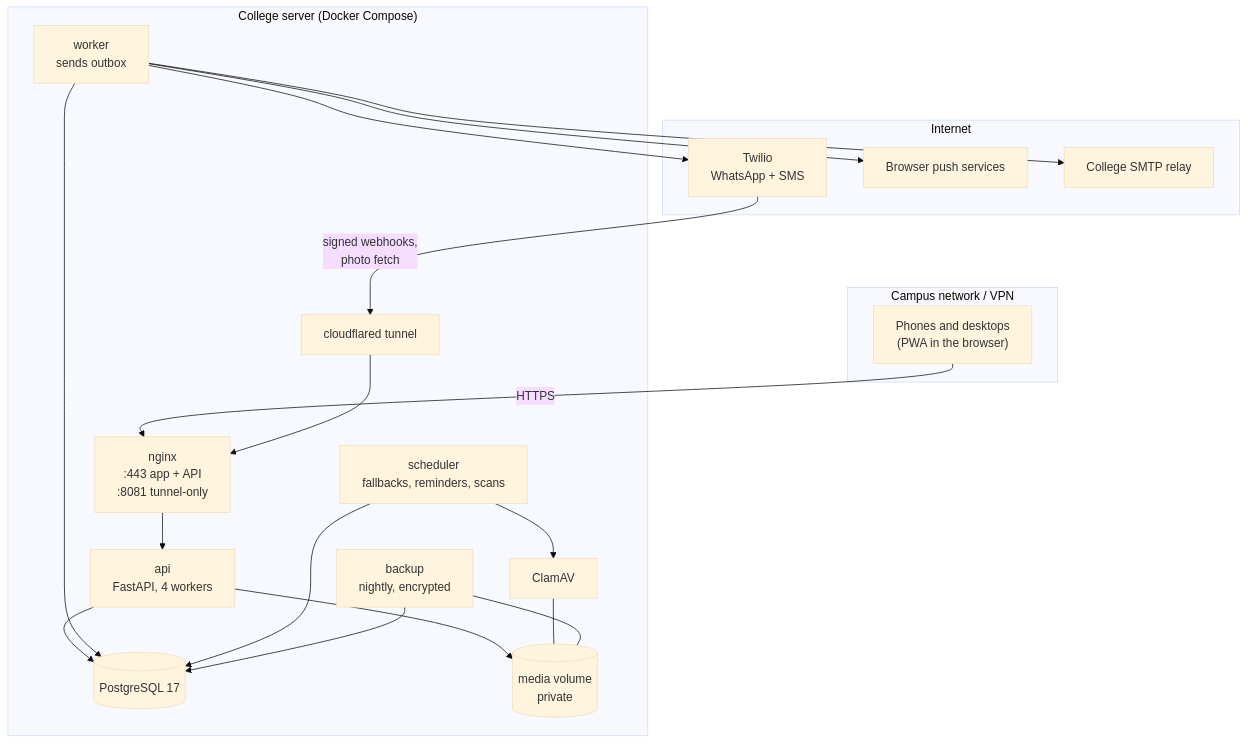
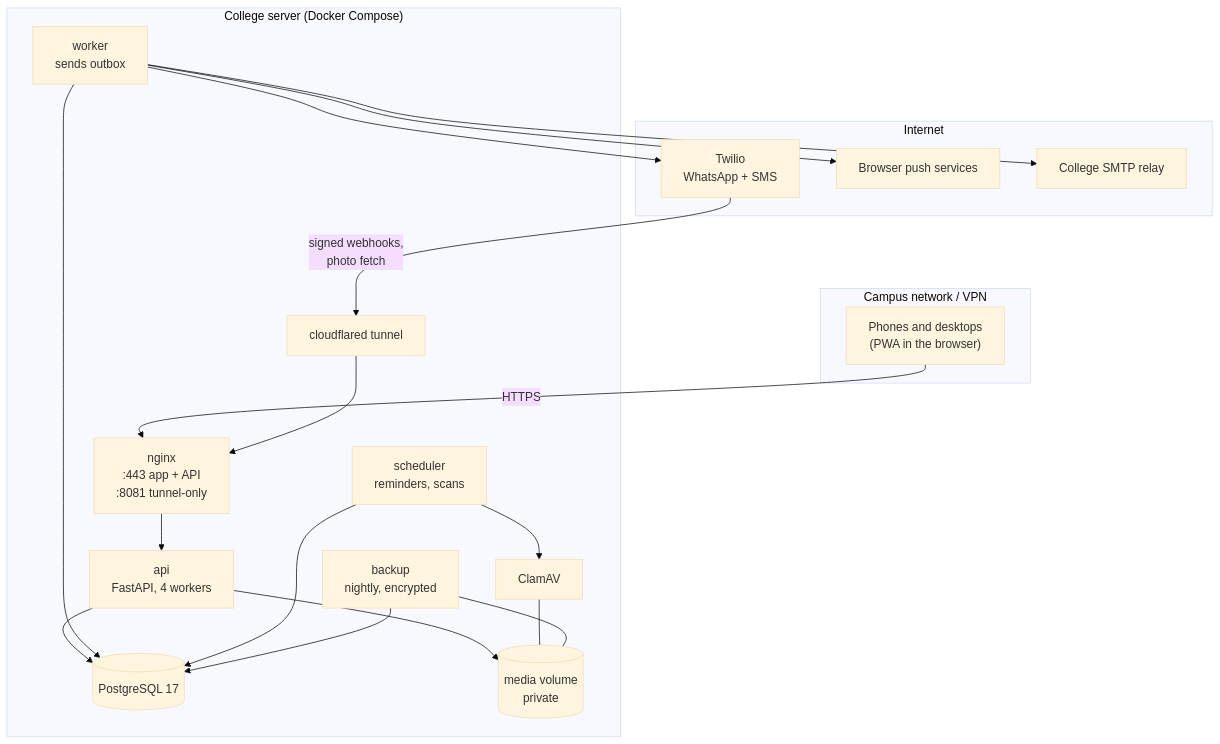
One commit to OSSC-DBIT/pcms changed the first of 5 diagrams in docs/ARCHITECTURE.md. Above: the diagram before and after it, drawn with Mermaid (base theme). The commit also changed other lines of this file and 47 other files, not shown here.

````diff
--- a/docs/ARCHITECTURE.md
+++ b/docs/ARCHITECTURE.md
@@ -5,36 +5,36 @@
 ```mermaid
 flowchart TB
     subgraph Campus["Campus network / VPN"]
         U["Phones and desktops<br/>(PWA in the browser)"]
     end
     subgraph Host["College server (Docker Compose)"]
         N["nginx<br/>:443 app + API<br/>:8081 tunnel-only"]
         A["api<br/>FastAPI, 4 workers"]
         W["worker<br/>sends outbox"]
-        S["scheduler<br/>fallbacks, reminders, scans"]
+        S["scheduler<br/>reminders, scans"]
         DB[("PostgreSQL 17")]
         MV[("media volume<br/>private")]
         C["ClamAV"]
         B["backup<br/>nightly, encrypted"]
         T["cloudflared tunnel"]
     end
     subgraph Internet
         TW["Twilio<br/>WhatsApp + SMS"]
         PS["Browser push services"]
         SM["College SMTP relay"]
     end
     U -- HTTPS --> N
     N --> A
     A --> DB
     A --> MV
     W --> DB
     S --> DB
     S --> C
     C --- MV
     W --> TW
     W --> PS
     W --> SM
     TW -- "signed webhooks,<br/>photo fetch" --> T --> N
     B --> DB
     B --- MV
 ```
````
